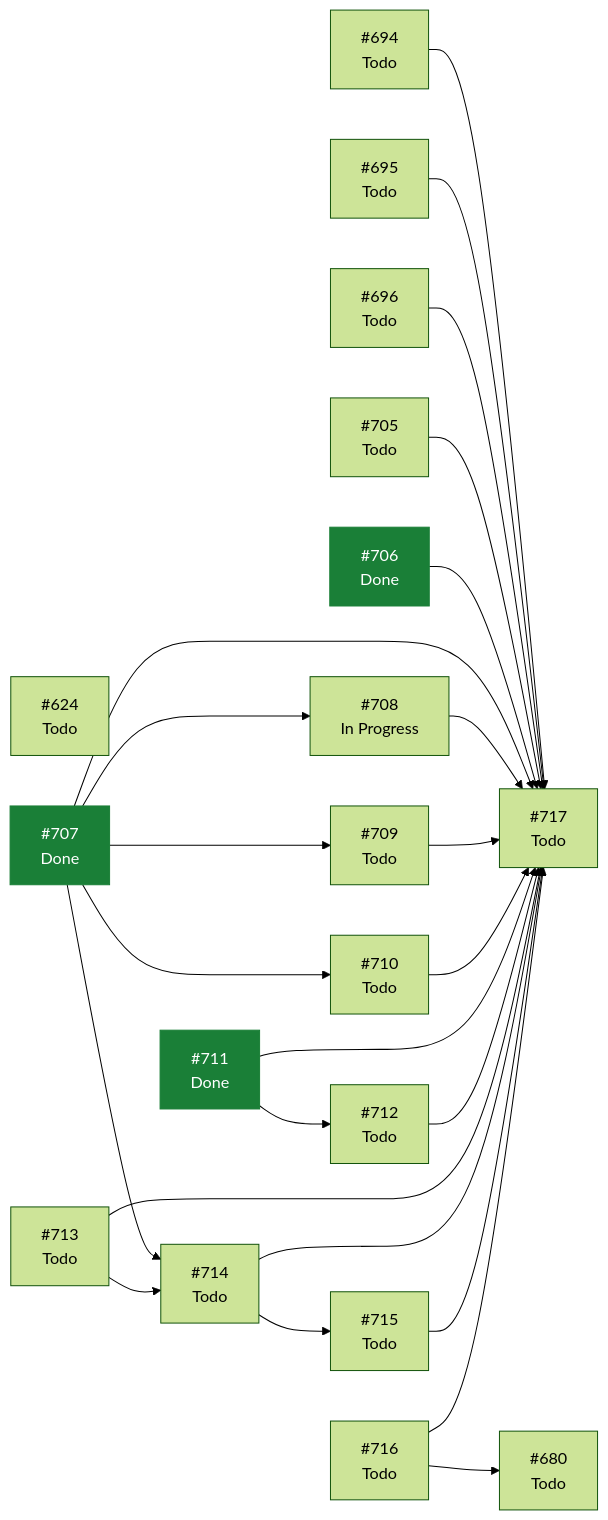
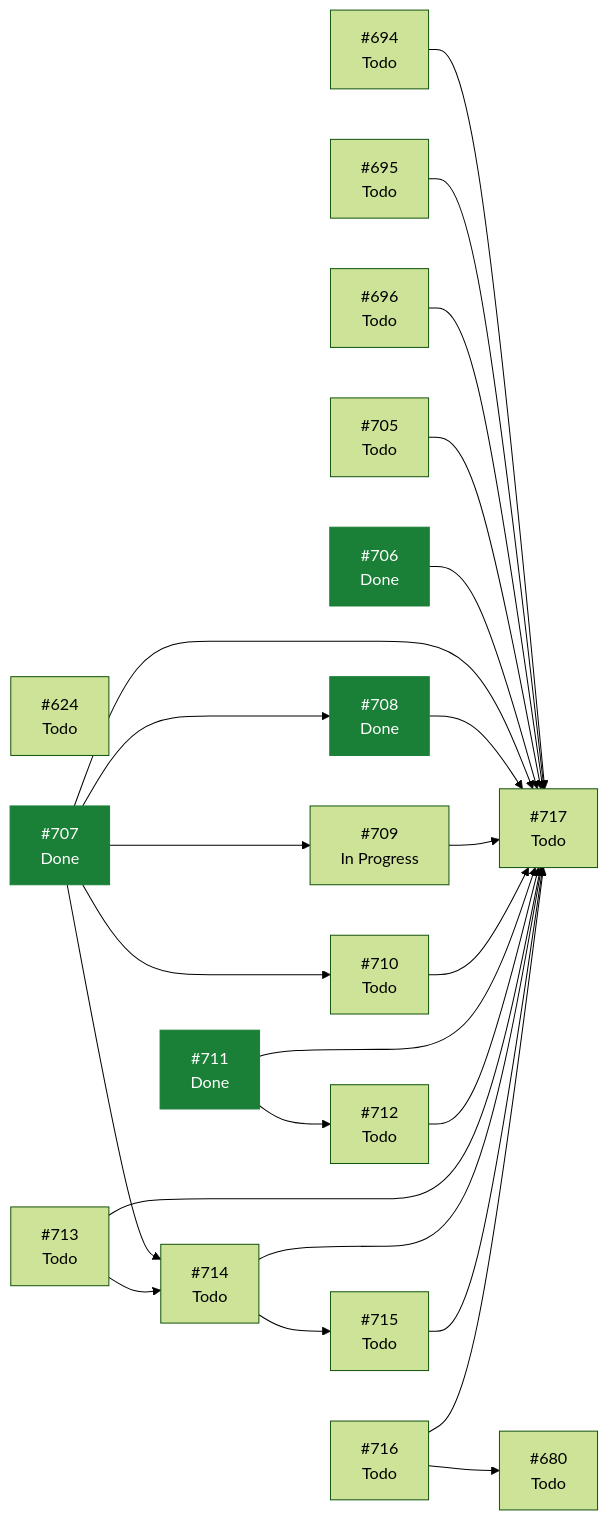
The diagram in docs/planning/STATUS.md (ecamp0s/evault), drawn with Mermaid (forest theme) before and after one commit. The commit also changed other lines of this file, not shown here.

````diff
--- a/docs/planning/STATUS.md
+++ b/docs/planning/STATUS.md
@@ -113,46 +112,46 @@
 ```mermaid
 graph LR
   I624["#624<br/>Todo"]
   I680["#680<br/>Todo"]
   I694["#694<br/>Todo"]
   I695["#695<br/>Todo"]
   I696["#696<br/>Todo"]
   I705["#705<br/>Todo"]
   I706["#706<br/>Done"]
   I707["#707<br/>Done"]
-  I708["#708<br/>In Progress"]
-  I709["#709<br/>Todo"]
+  I708["#708<br/>Done"]
+  I709["#709<br/>In Progress"]
   I710["#710<br/>Todo"]
   I711["#711<br/>Done"]
   I712["#712<br/>Todo"]
   I713["#713<br/>Todo"]
   I714["#714<br/>Todo"]
   I715["#715<br/>Todo"]
   I716["#716<br/>Todo"]
   I717["#717<br/>Todo"]
   I694 --> I717
   I695 --> I717
   I696 --> I717
   I705 --> I717
   I706 --> I717
   I707 --> I708
   I707 --> I709
   I707 --> I710
   I707 --> I714
   I707 --> I717
   I708 --> I717
   I709 --> I717
   I710 --> I717
   I711 --> I712
   I711 --> I717
   I712 --> I717
   I713 --> I714
   I713 --> I717
   I714 --> I715
   I714 --> I717
   I715 --> I717
   I716 --> I680
   I716 --> I717
   classDef hecho fill:#1a7f37,stroke:#1a7f37,color:#fff;
-  class I706,I707,I711 hecho;
+  class I706,I707,I708,I711 hecho;
 ```
````
